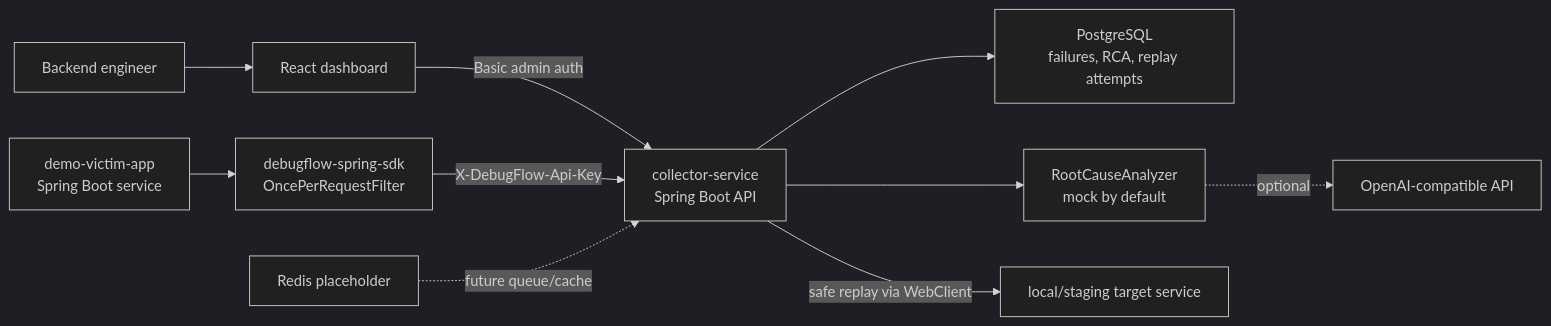
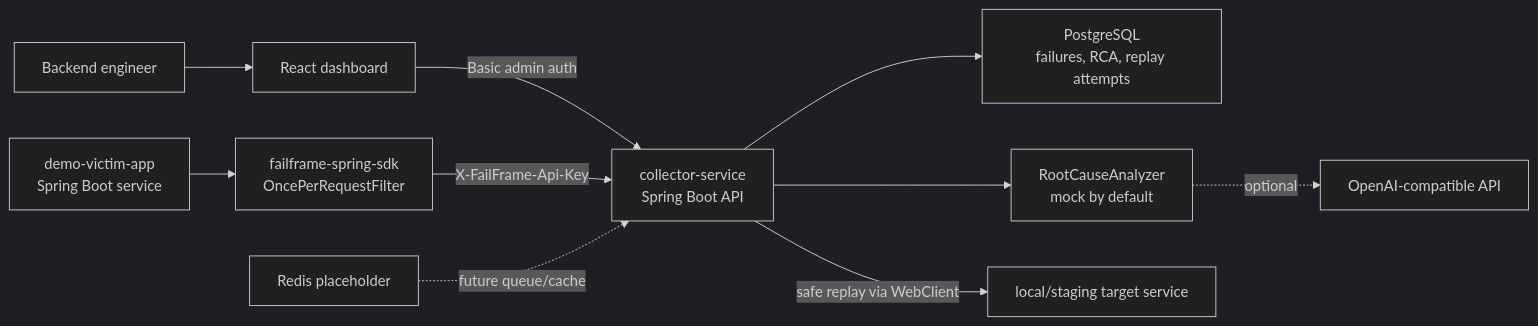
The diagram in README.md (rishikeshmanohar/ReplayIQ), drawn with Mermaid (dark theme) before and after one commit. The commit also changed other lines of this file and 155 other files, not shown here.

Commit message:
Rename project to FailFrame

````diff
--- a/README.md
+++ b/README.md
@@ -25,16 +25,16 @@
 ```mermaid
 flowchart LR
     User["Backend engineer"] --> Dashboard["React dashboard"]
     Dashboard -->|Basic admin auth| Collector["collector-service<br/>Spring Boot API"]
 
-    Victim["demo-victim-app<br/>Spring Boot service"] --> SDK["debugflow-spring-sdk<br/>OncePerRequestFilter"]
-    SDK -->|X-DebugFlow-Api-Key| Collector
+    Victim["demo-victim-app<br/>Spring Boot service"] --> SDK["failframe-spring-sdk<br/>OncePerRequestFilter"]
+    SDK -->|X-FailFrame-Api-Key| Collector
 
     Collector --> Postgres["PostgreSQL<br/>failures, RCA, replay attempts"]
     Collector --> Analyzer["RootCauseAnalyzer<br/>mock by default"]
     Analyzer -. optional .-> OpenAI["OpenAI-compatible API"]
 
     Collector -->|safe replay via WebClient| ReplayTarget["local/staging target service"]
 
     Redis["Redis placeholder"] -. future queue/cache .-> Collector
 ```
````
